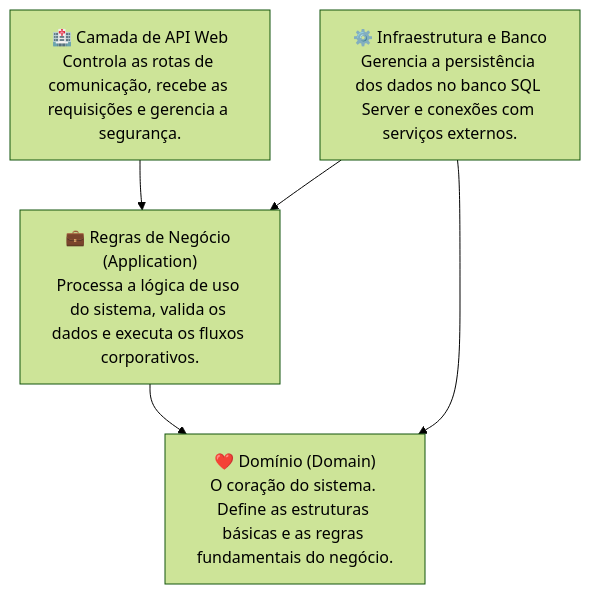
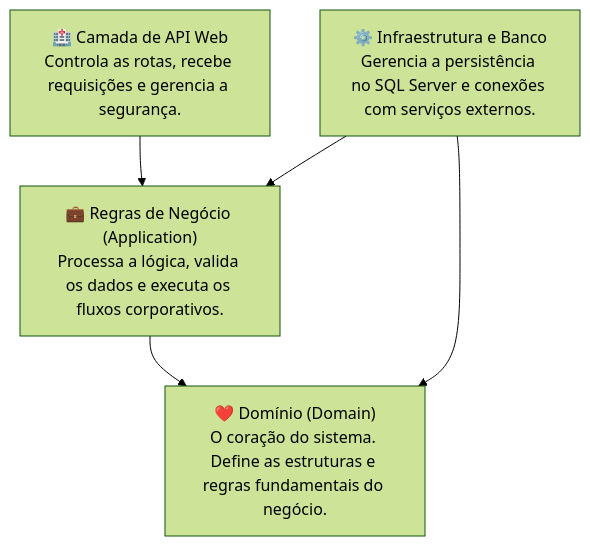
The diagram in README.md (daniel-santoss/PIM_III_ClinicaMaisSaude), drawn with Mermaid (forest theme) before and after one commit. The commit also changed other lines of this file, not shown here.

````diff
--- a/README.md
+++ b/README.md
@@ -55,7 +52,7 @@
 ```mermaid
 graph TD
-    API["🏥 Camada de API Web<br>Controla as rotas de comunicação, recebe as requisições e gerencia a segurança."] --> APP["💼 Regras de Negócio (Application)<br>Processa a lógica de uso do sistema, valida os dados e executa os fluxos corporativos."]
-    INFRA["⚙️ Infraestrutura e Banco<br>Gerencia a persistência dos dados no banco SQL Server e conexões com serviços externos."] --> APP
-    INFRA --> DOM["❤️ Domínio (Domain)<br>O coração do sistema. Define as estruturas básicas e as regras fundamentais do negócio."]
+    API["🏥 Camada de API Web<br>Controla as rotas, recebe requisições e gerencia a segurança."] --> APP["💼 Regras de Negócio (Application)<br>Processa a lógica, valida os dados e executa os fluxos corporativos."]
+    INFRA["⚙️ Infraestrutura e Banco<br>Gerencia a persistência no SQL Server e conexões com serviços externos."] --> APP
+    INFRA --> DOM["❤️ Domínio (Domain)<br>O coração do sistema. Define as estruturas e regras fundamentais do negócio."]
     APP --> DOM
 ```
````
